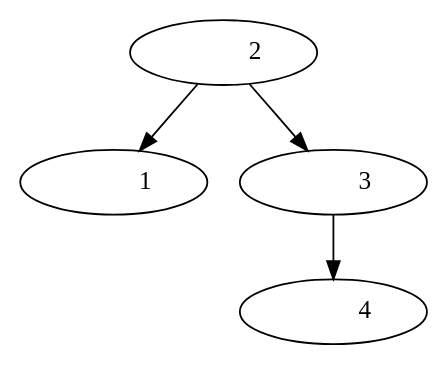
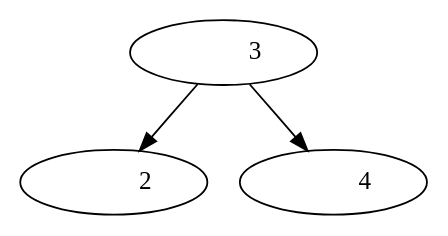
The diagram in Fase2_EDD/avl_tree.dot (FranklinONP/EDD_PROYECTO_202200089), drawn with Graphviz before and after one commit. The commit also changed 27 other files, not shown here.

```diff
--- a/Fase2_EDD/avl_tree.dot
+++ b/Fase2_EDD/avl_tree.dot
@@ -1,9 +1,7 @@
  digraph G {
- "Nodod5c0588b-26ee-45c0-5e44-d193797cb131"[label= "           2 "]
- "Nodod5c0588b-26ee-45c0-5e44-d193797cb131"->"Nodob8c1e242-eb0b-483b-6ce1-abbfe672c99a"
- "Nodod5c0588b-26ee-45c0-5e44-d193797cb131"->"Nodofca5a0b9-5f7e-4896-5821-57d44f914e4b"
- "Nodob8c1e242-eb0b-483b-6ce1-abbfe672c99a"[label= "           1 "]
- "Nodofca5a0b9-5f7e-4896-5821-57d44f914e4b"[label= "           3 "]
- "Nodofca5a0b9-5f7e-4896-5821-57d44f914e4b"->"Nodoa64901df-4bd1-4e31-782c-2c47f7139b27"
- "Nodoa64901df-4bd1-4e31-782c-2c47f7139b27"[label= "           4 "]
+ "Nodod31a949d-ba1e-49c1-5a71-7934dbfe8eeb"[label= "           3 "]
+ "Nodod31a949d-ba1e-49c1-5a71-7934dbfe8eeb"->"Nodo657511f6-74ea-40f5-7fd0-7474f6f7ec60"
+ "Nodod31a949d-ba1e-49c1-5a71-7934dbfe8eeb"->"Nodo76b54676-7790-41ff-58f3-6438fbbf83a0"
+ "Nodo657511f6-74ea-40f5-7fd0-7474f6f7ec60"[label= "           2 "]
+ "Nodo76b54676-7790-41ff-58f3-6438fbbf83a0"[label= "           4 "]
  }
```
